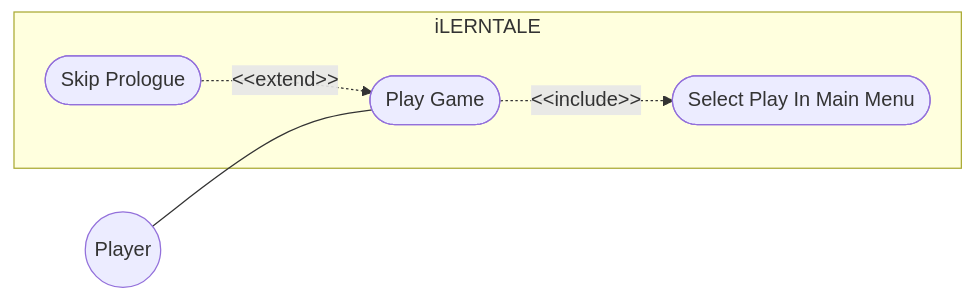
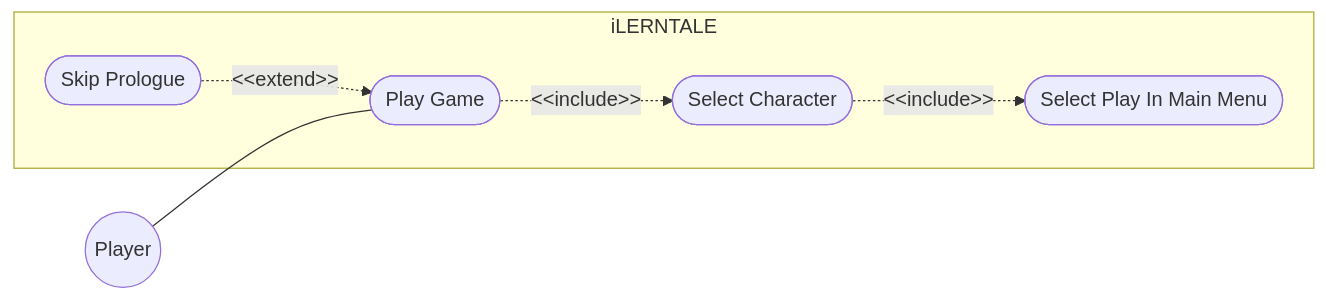
One commit to antondm11/DiagramTest-iLERNTALE changed the first of 2 diagrams in README.md. Above: the diagram before and after it, drawn with Mermaid.

````diff
--- a/README.md
+++ b/README.md
@@ -12,31 +12,33 @@
 ``` mermaid
 
 graph LR
 %% DIAGRAMA DE CASOS DE USO - INICIAR PARTIDA
 
 %% Definir Actores
 Player((Player))
 
 %% Definir límite del Sistema y Acciones
 subgraph "iLERNTALE"
 CU1([Play Game])
 CU2([Select Play In Main Menu])
-CU3([Skip Prologue])
+CU3([Select Character])
+CU4([Skip Prologue])
 
 %% Definir relaciones especiales (include y extend)
 
-%% Relación include (obligatoria). Es obligatorio pulsar Play para Iniciar Partida
-CU1 -.->|&lt;&lt;include&gt;&gt;| CU2
+%% Relación include (obligatoria). Es obligatorio seleccionar Personaje para Iniciar Partida
+CU1 -.->|&lt;&lt;include&gt;&gt;| CU3
+
+%% Relación include (obligatoria). Es obligatorio pulsar Play para Iniciar Partida (y seleccionar personaje)
+CU3 -.->|&lt;&lt;include&gt;&gt;| CU2
 
 %% Relación extend (opcional). Es opcional saltar el prólogo al Iniciar Partida
-CU3 -.->|&lt;&lt;extend&gt;&gt;| CU1
-
-
+CU4 -.->|&lt;&lt;extend&gt;&gt;| CU1
 
 end
 
 %% Definir relaciones Actor/Casos de Uso
 Player --- CU1
 
 
 ```
````
